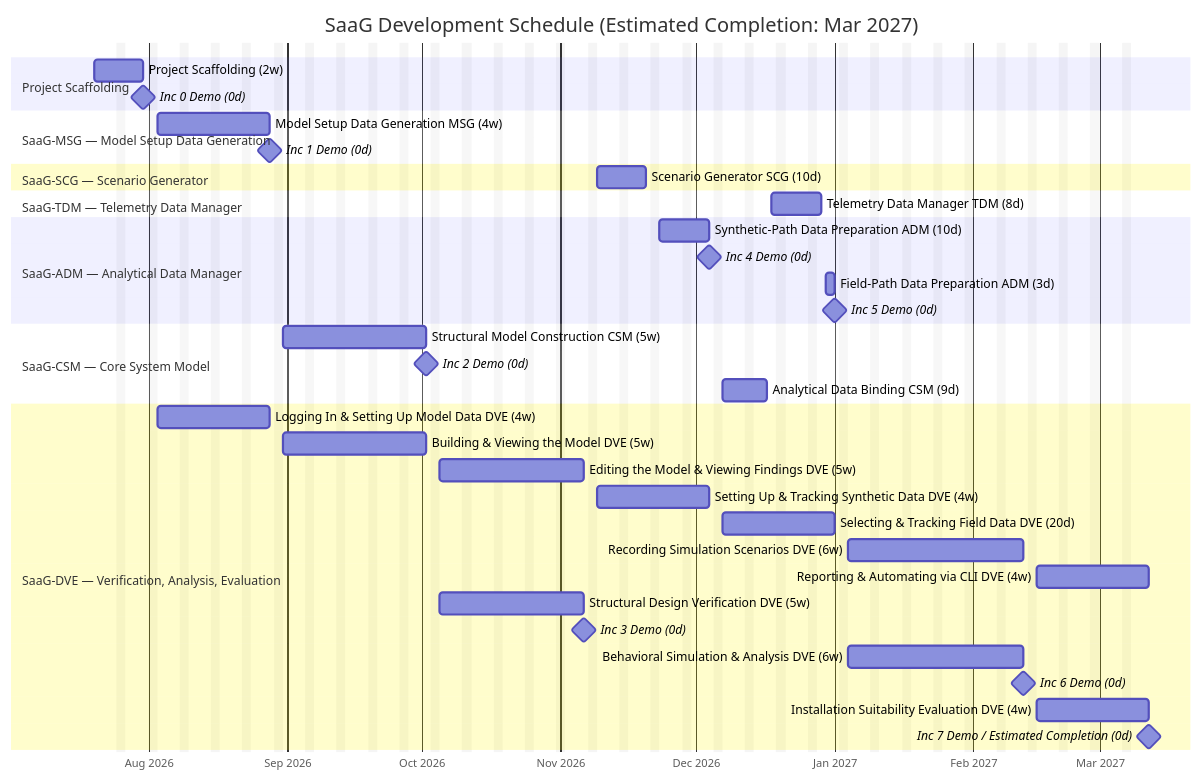
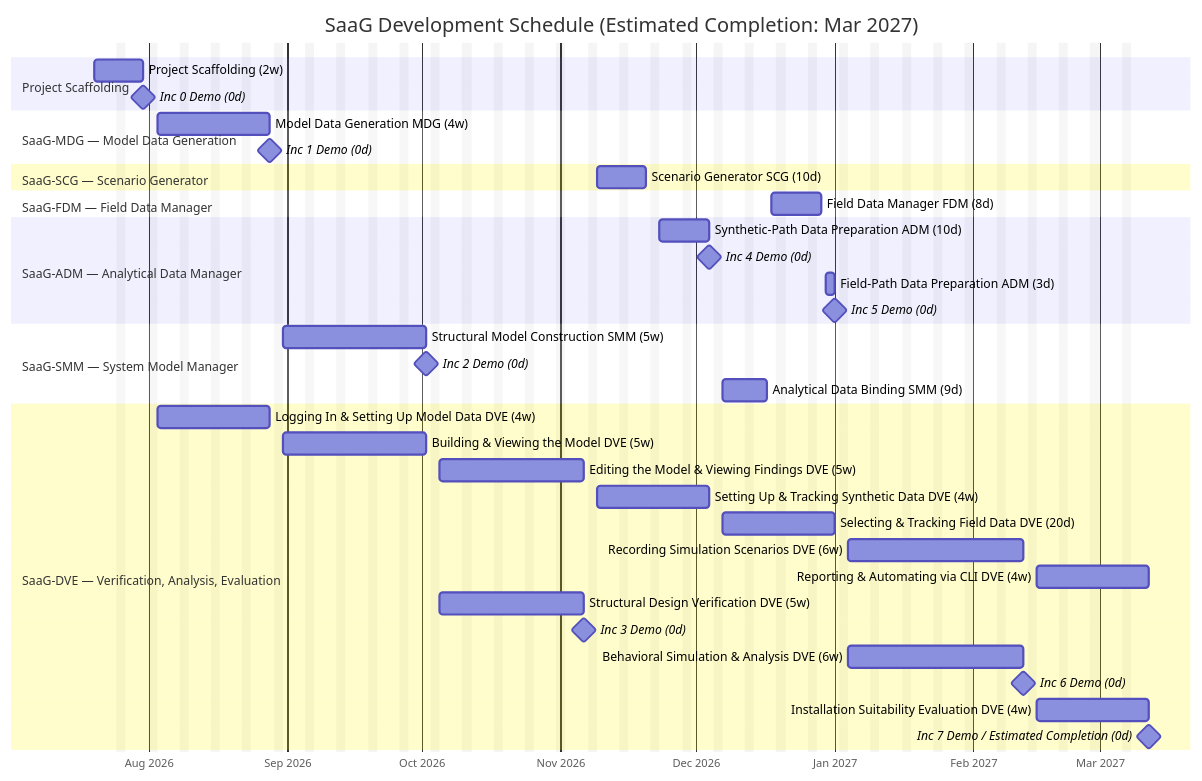
Before and after one commit to onuralpyigit/system-as-a-graph: the diagram in docs/planning/SDP.md, drawn with Mermaid. The commit also changed other lines of this file and 3 other files, not shown here.

````diff
--- a/docs/planning/SDP.md
+++ b/docs/planning/SDP.md
@@ -298,48 +298,48 @@
 ```mermaid
 %%{init: { 'themeVariables': { 'excludeBkgColor': 'rgba(128,128,128,0.08)' } } }%%
 gantt
     title SaaG Development Schedule (Estimated Completion: Mar 2027)
     dateFormat YYYY-MM-DD
     axisFormat %b %Y
     excludes weekends
 
     section Project Scaffolding
     Project Scaffolding (2w)      :scaffold1, 2026-07-20, 2026-07-31
     Inc 0 Demo (0d)               :milestone, demo0, after scaffold1, 0d
 
-    section SaaG-MSG — Model Setup Data Generation
-    Model Setup Data Generation MSG (4w)               :msd, 2026-08-03, 2026-08-28
-    Inc 1 Demo (0d)                                    :milestone, demo1, after msd, 0d
+    section SaaG-MDG — Model Data Generation
+    Model Data Generation MDG (4w)               :mdg, 2026-08-03, 2026-08-28
+    Inc 1 Demo (0d)                                    :milestone, demo1, after mdg, 0d
 
     section SaaG-SCG — Scenario Generator
     Scenario Generator SCG (10d)                       :scg, 2026-11-09, 2026-11-20
 
-    section SaaG-TDM — Telemetry Data Manager
-    Telemetry Data Manager TDM (8d)                    :frd, 2026-12-18, 2026-12-29
+    section SaaG-FDM — Field Data Manager
+    Field Data Manager FDM (8d)                    :fdm, 2026-12-18, 2026-12-29
 
     section SaaG-ADM — Analytical Data Manager
     Synthetic-Path Data Preparation ADM (10d)          :adpa, 2026-11-23, 2026-12-04
     Inc 4 Demo (0d)                                    :milestone, demo4, after adpa, 0d
     Field-Path Data Preparation ADM (3d)                :adpb, 2026-12-30, 2027-01-01
     Inc 5 Demo (0d)                                    :milestone, demo5, after adpb, 0d
 
-    section SaaG-CSM — Core System Model
-    Structural Model Construction CSM (5w)             :csm01, 2026-08-31, 2026-10-02
-    Inc 2 Demo (0d)                                    :milestone, demo2, after csm01, 0d
-    Analytical Data Binding CSM (9d)                   :csm02, 2026-12-07, 2026-12-17
+    section SaaG-SMM — System Model Manager
+    Structural Model Construction SMM (5w)             :smm01, 2026-08-31, 2026-10-02
+    Inc 2 Demo (0d)                                    :milestone, demo2, after smm01, 0d
+    Analytical Data Binding SMM (9d)                   :smm02, 2026-12-07, 2026-12-17
 
     section SaaG-DVE — Verification, Analysis, Evaluation
     Logging In & Setting Up Model Data DVE (4w)        :vae01a, 2026-08-03, 2026-08-28
     Building & Viewing the Model DVE (5w)               :vae01b, 2026-08-31, 2026-10-02
     Editing the Model & Viewing Findings DVE (5w)       :vae01c, 2026-10-05, 2026-11-06
     Setting Up & Tracking Synthetic Data DVE (4w) :vae01de, 2026-11-09, 2026-12-04
     Selecting & Tracking Field Data DVE (20d) :vae01f, 2026-12-07, 2027-01-01
     Recording Simulation Scenarios DVE (6w)           :vae01g, 2027-01-04, 2027-02-12
     Reporting & Automating via CLI DVE (4w)             :vae01h, 2027-02-15, 2027-03-12
     Structural Design Verification DVE (5w)            :vae02, 2026-10-05, 2026-11-06
     Inc 3 Demo (0d)                                    :milestone, demo3, after vae02, 0d
     Behavioral Simulation & Analysis DVE (6w)          :vae03, 2027-01-04, 2027-02-12
     Inc 6 Demo (0d)                                    :milestone, demo6, after vae03, 0d
     Installation Suitability Evaluation DVE (4w)      :vae04, 2027-02-15, 2027-03-12
     Inc 7 Demo / Estimated Completion (0d)             :milestone, completion, after vae04, 0d
 ```
````
